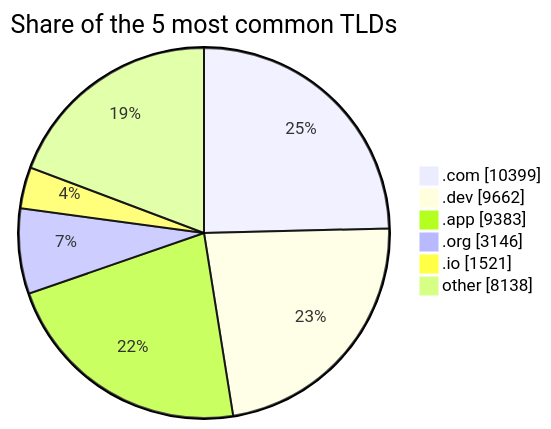
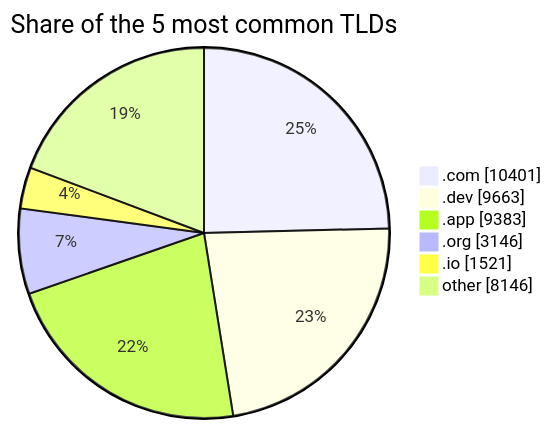
One commit to DNSBunker/CTI changed the third of 3 diagrams in README.md. Above: the diagram before and after it, drawn with Mermaid. The commit also changed other lines of this file and 3 other files, not shown here.

````diff
--- a/README.md
+++ b/README.md
@@ -81,9 +81,9 @@
 ```mermaid
 pie showData title Share of the 5 most common TLDs
-    ".com" : 10399
-    ".dev" : 9662
+    ".com" : 10401
+    ".dev" : 9663
     ".app" : 9383
     ".org" : 3146
     ".io" : 1521
-    "other" : 8138
+    "other" : 8146
 ```
````
